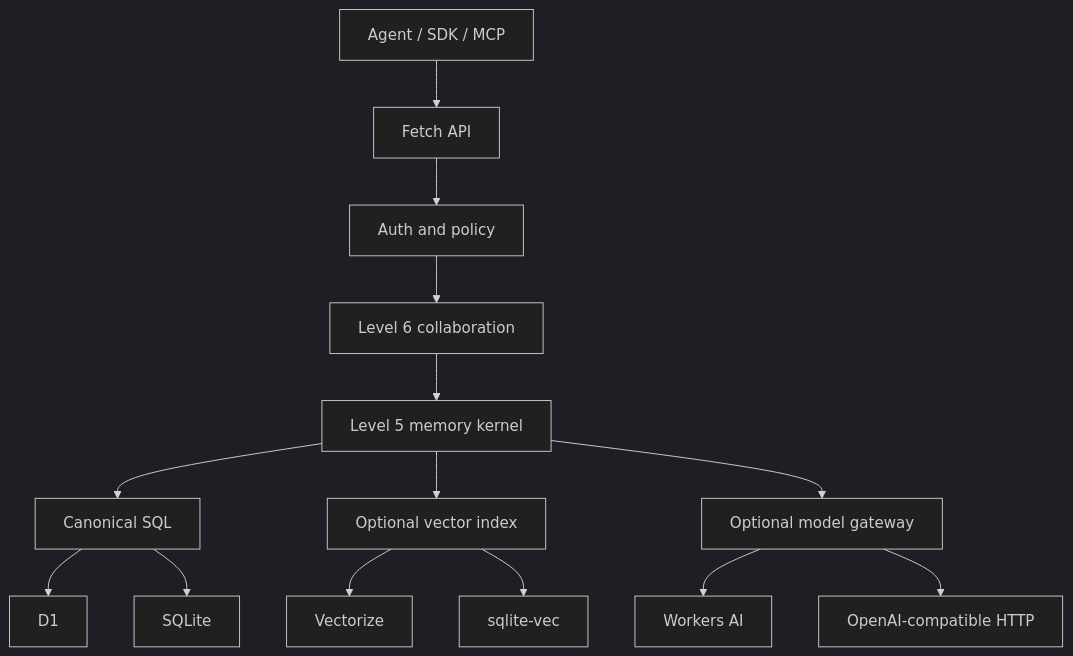
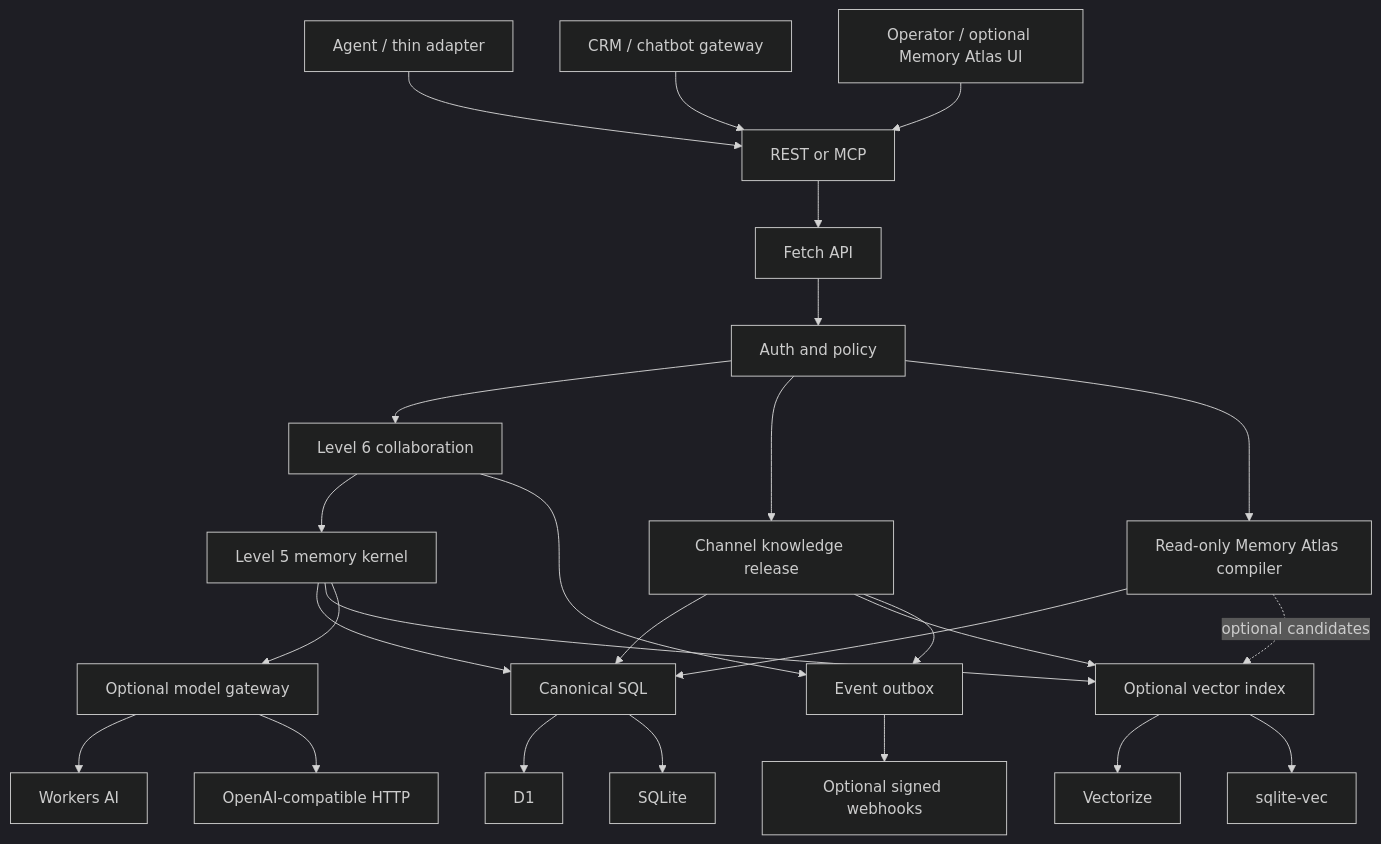
Before and after one commit to RamaAditya49/titen: the diagram in docs/architecture/overview.md, drawn with Mermaid (dark theme). The commit also changed other lines of this file and 35 other files, not shown here.

````diff
--- a/docs/architecture/overview.md
+++ b/docs/architecture/overview.md
@@ -9,17 +20,29 @@
 ```mermaid
 flowchart TB
-    A[Agent / SDK / MCP] --> H[Fetch API]
+    A[Agent / thin adapter] --> X[REST or MCP]
+    G[CRM / chatbot gateway] --> X
+    O[Operator / optional Memory Atlas UI] --> X
+    X --> H[Fetch API]
     H --> P[Auth and policy]
     P --> C[Level 6 collaboration]
+    P --> R[Channel knowledge release]
+    P --> MV[Read-only Memory Atlas compiler]
     C --> K[Level 5 memory kernel]
     K --> S[Canonical SQL]
     K --> I[Optional vector index]
     K --> M[Optional model gateway]
+    C --> E[Event outbox]
+    R --> S
+    R --> I
+    R --> E
+    MV --> S
+    MV -. optional candidates .-> I
 
     S --> D1[D1]
     S --> SQ[SQLite]
     I --> V[Vectorize]
     I --> SV[sqlite-vec]
     M --> WAI[Workers AI]
     M --> OAI[OpenAI-compatible HTTP]
+    E --> W[Optional signed webhooks]
 ```
````
